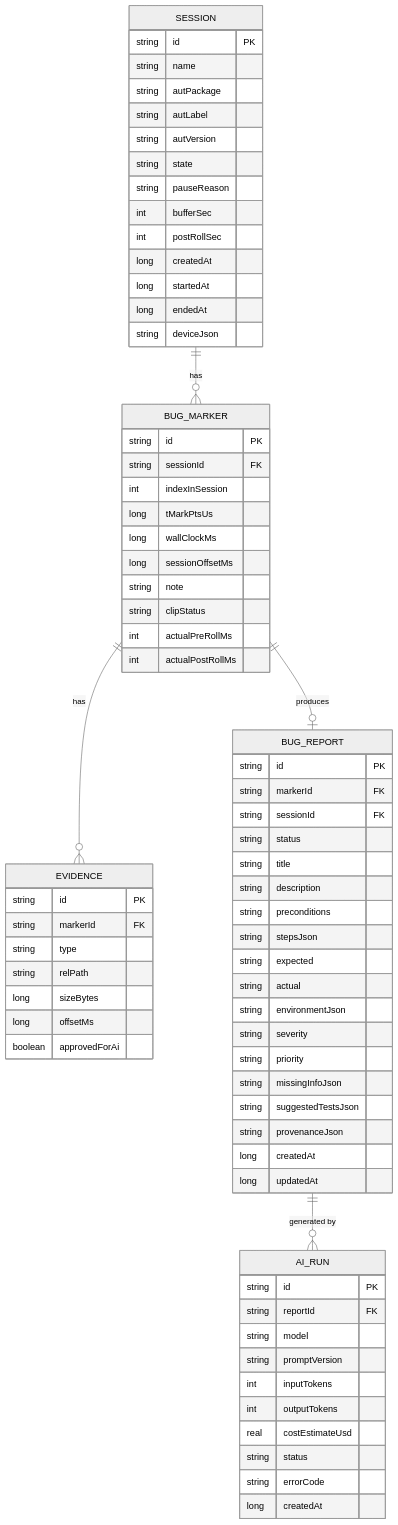
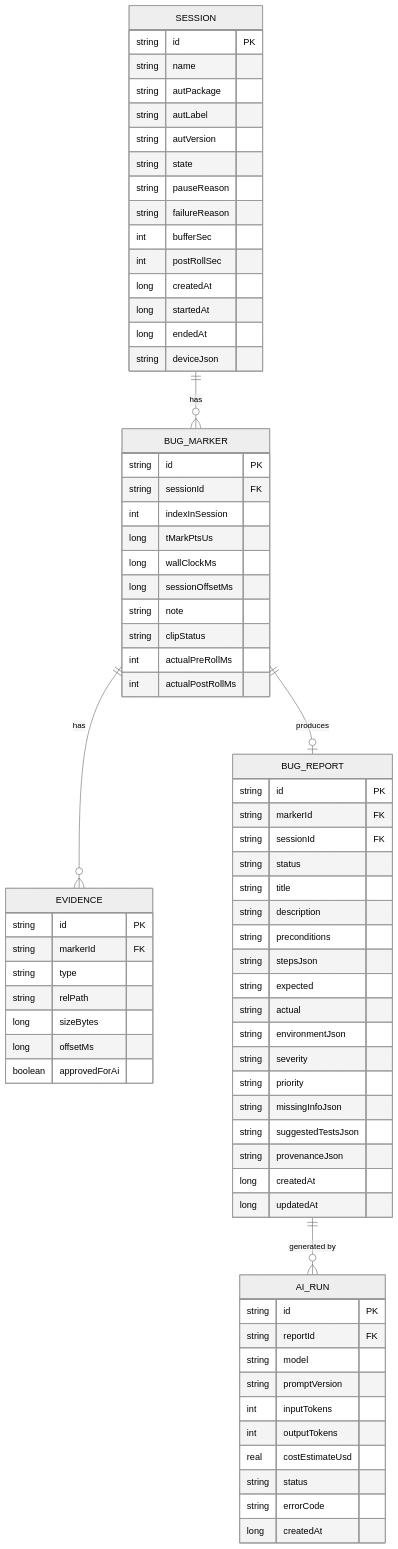
The diagram in docs/specs/BugSnapAI/docs/09_DATABASE_DESIGN.md (ntiendat01/BugSnapAI), drawn with Mermaid (neutral theme) before and after one commit. The commit also changed other lines of this file and 6 other files, not shown here.

````diff
--- a/docs/specs/BugSnapAI/docs/09_DATABASE_DESIGN.md
+++ b/docs/specs/BugSnapAI/docs/09_DATABASE_DESIGN.md
@@ -10,75 +10,76 @@
 ```mermaid
 erDiagram
     SESSION ||--o{ BUG_MARKER : has
     BUG_MARKER ||--o{ EVIDENCE : has
     BUG_MARKER ||--o| BUG_REPORT : produces
     BUG_REPORT ||--o{ AI_RUN : "generated by"
     SESSION {
       string id PK
       string name
       string autPackage
       string autLabel
       string autVersion
       string state
       string pauseReason
+      string failureReason
       int bufferSec
       int postRollSec
       long createdAt
       long startedAt
       long endedAt
       string deviceJson
     }
     BUG_MARKER {
       string id PK
       string sessionId FK
       int indexInSession
       long tMarkPtsUs
       long wallClockMs
       long sessionOffsetMs
       string note
       string clipStatus
       int actualPreRollMs
       int actualPostRollMs
     }
     EVIDENCE {
       string id PK
       string markerId FK
       string type
       string relPath
       long sizeBytes
       long offsetMs
       boolean approvedForAi
     }
     BUG_REPORT {
       string id PK
       string markerId FK
       string sessionId FK
       string status
       string title
       string description
       string preconditions
       string stepsJson
       string expected
       string actual
       string environmentJson
       string severity
       string priority
       string missingInfoJson
       string suggestedTestsJson
       string provenanceJson
       long createdAt
       long updatedAt
     }
     AI_RUN {
       string id PK
       string reportId FK
       string model
       string promptVersion
       int inputTokens
       int outputTokens
       real costEstimateUsd
       string status
       string errorCode
       long createdAt
     }
 ```
````
